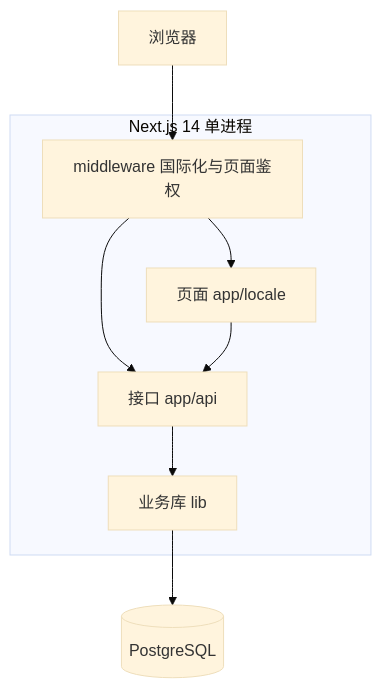
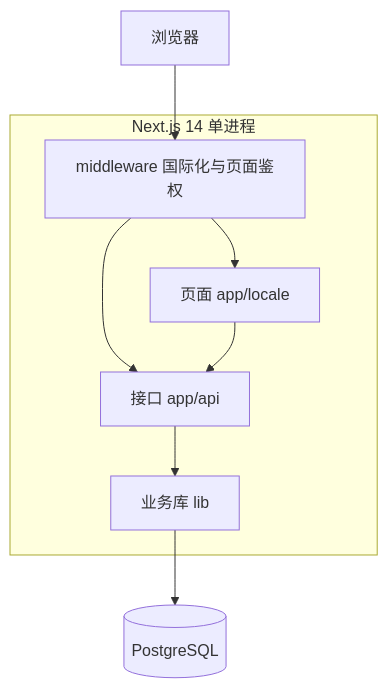
Before and after one commit to FrankDengAI/founder-bridge-AI: the fifth of 13 diagrams in README.md, drawn with Mermaid. The commit also changed other lines of this file and 75 other files, not shown here.

````diff
--- a/README.md
+++ b/README.md
@@ -735,21 +1017,20 @@
 ```mermaid
-%%{init: {'theme': 'base', 'themeVariables': {'fontSize': '16px'}, 'flowchart': {'nodeSpacing': 45, 'rankSpacing': 50}}}%%
 flowchart TB
   Browser["浏览器"]
 
   subgraph NextApp ["Next.js 14 单进程"]
     MW["middleware 国际化与页面鉴权"]
     Pages["页面 app/locale"]
     API["接口 app/api"]
     Lib["业务库 lib"]
   end
 
   DB[("PostgreSQL")]
 
   Browser --> MW
   MW --> Pages
   MW --> API
   Pages --> API
   API --> Lib
   Lib --> DB
 ```
````
